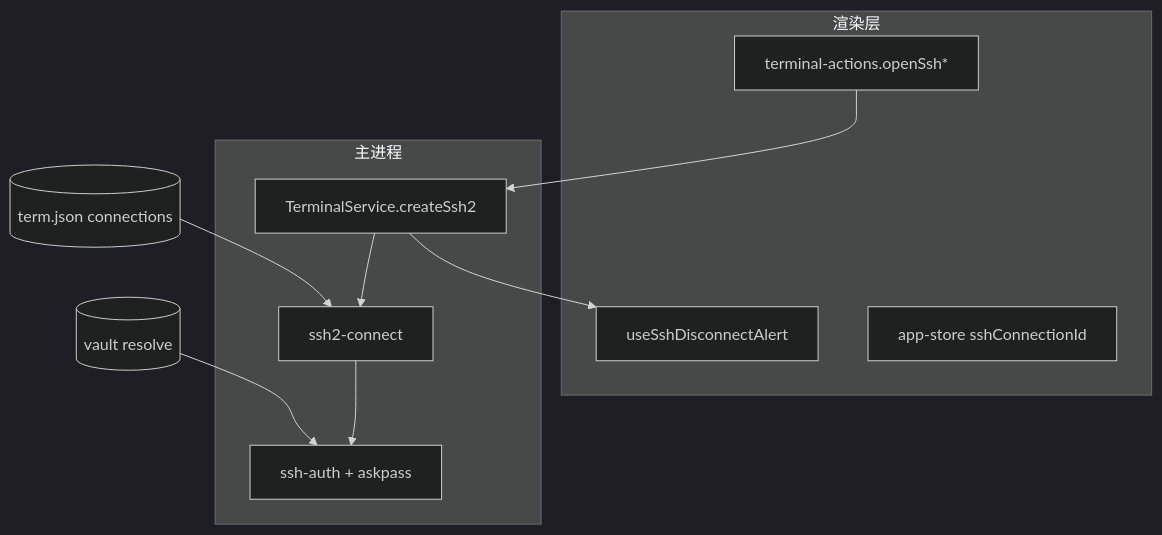
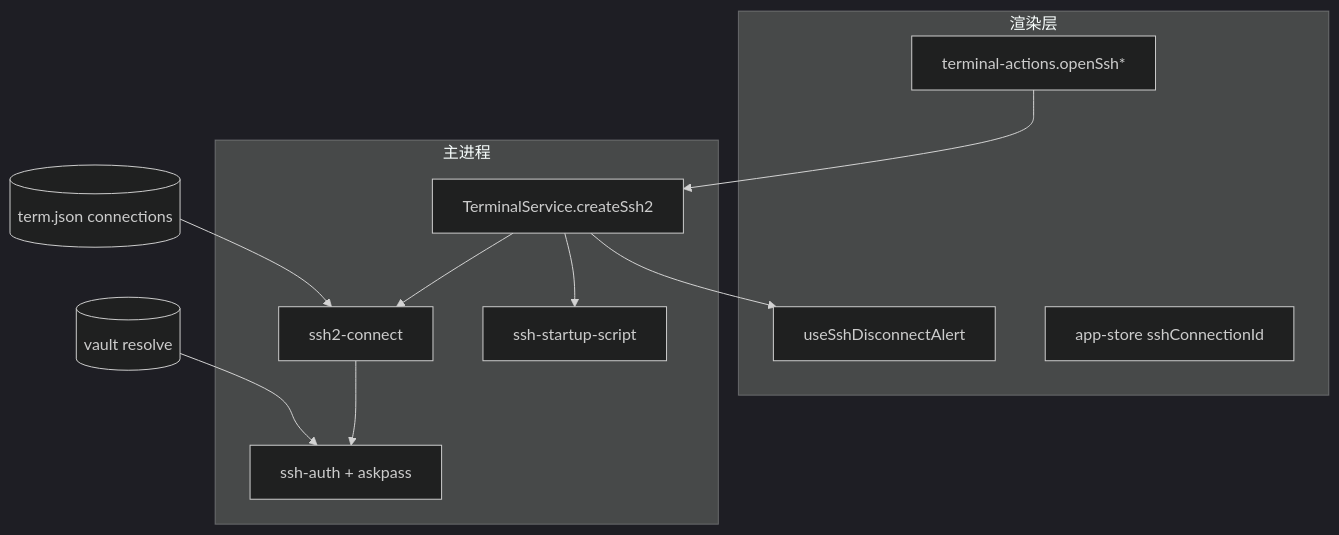
The first of 3 diagrams in docs/功能SSH连接.md (Landers1037/NioZy), drawn with Mermaid (dark theme) before and after one commit. The commit also changed other lines of this file and 10 other files, not shown here.

First line of the commit message:
feat(connections): add SSH post-connect startup script

````diff
--- a/docs/功能SSH连接.md
+++ b/docs/功能SSH连接.md
@@ -27,23 +28,25 @@
 ```mermaid
 flowchart TB
   subgraph Renderer["渲染层"]
     TA["terminal-actions.openSsh*"]
     Alert["useSshDisconnectAlert"]
     Store["app-store sshConnectionId"]
   end
 
   subgraph Main["主进程"]
     TS["TerminalService.createSsh2"]
     Conn["ssh2-connect"]
     Auth["ssh-auth + askpass"]
+    Startup["ssh-startup-script"]
     TS --> Conn --> Auth
+    TS --> Startup
   end
 
   termjson[("term.json connections")]
   vault[("vault resolve")]
 
   TA --> TS
   termjson --> Conn
   vault --> Auth
   TS --> Alert
 ```
````
